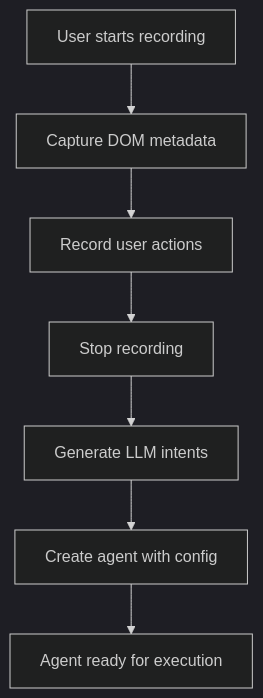
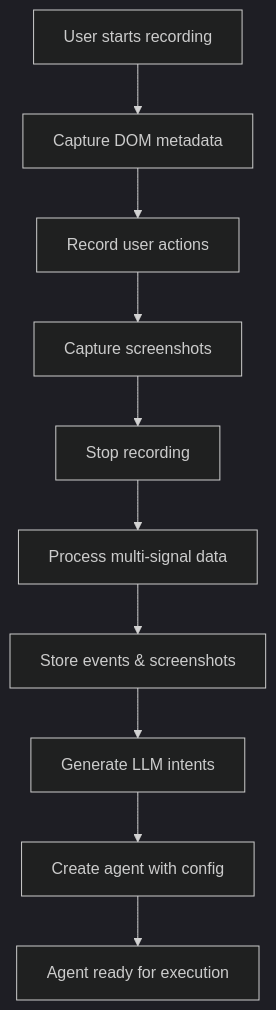
Before and after one commit to richvergo/subtract: the first of 5 diagrams in ARCHITECTURE.md, drawn with Mermaid (dark theme). The commit also changed other lines of this file and 38 other files, not shown here.

First line of the commit message:
feat(events): add enriched event logs system with multi-signal capture

````diff
--- a/ARCHITECTURE.md
+++ b/ARCHITECTURE.md
@@ -35,9 +35,12 @@
 ```mermaid
 graph TD
     A[User starts recording] --> B[Capture DOM metadata]
     B --> C[Record user actions]
-    C --> D[Stop recording]
-    D --> E[Generate LLM intents]
-    E --> F[Create agent with config]
-    F --> G[Agent ready for execution]
+    C --> D[Capture screenshots]
+    D --> E[Stop recording]
+    E --> F[Process multi-signal data]
+    F --> G[Store events & screenshots]
+    G --> H[Generate LLM intents]
+    H --> I[Create agent with config]
+    I --> J[Agent ready for execution]
 ```
````
